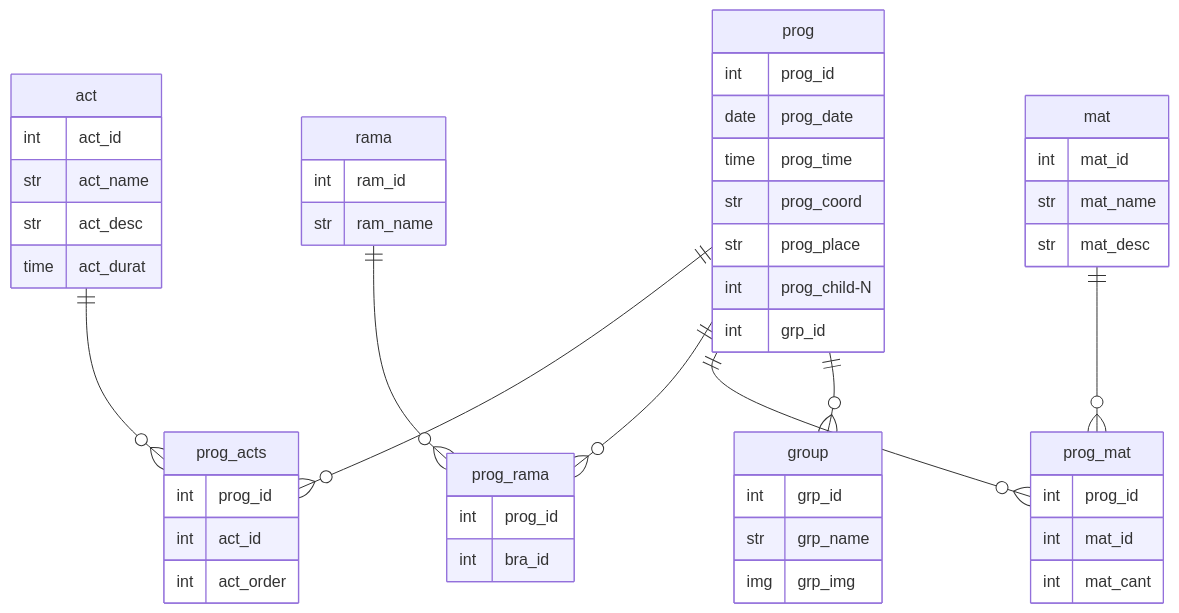
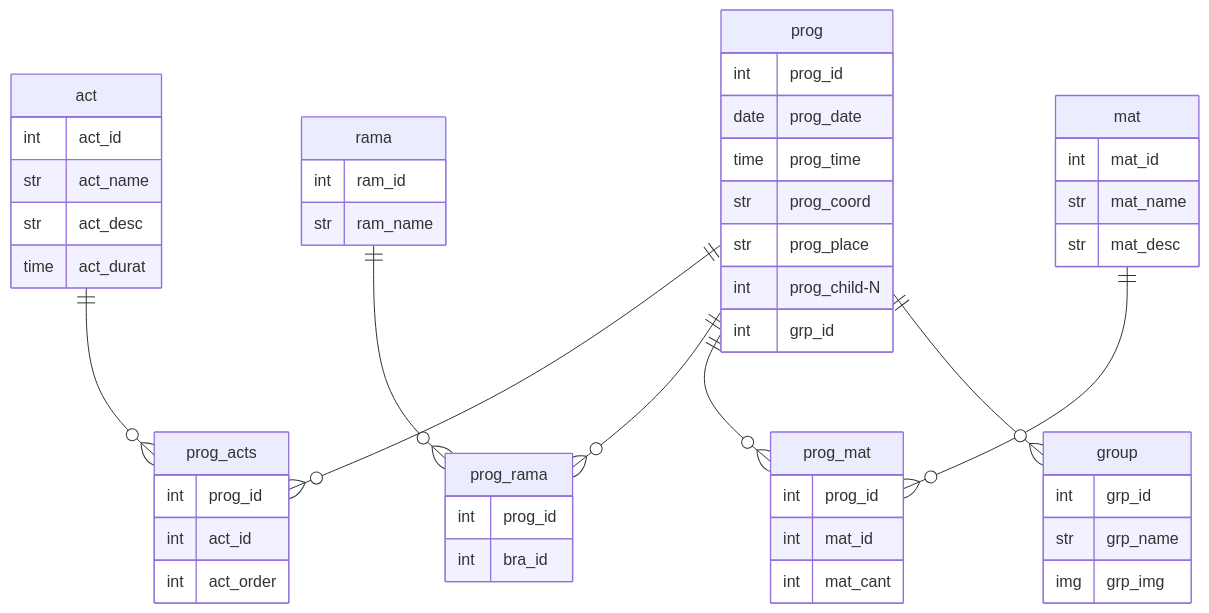
One commit to Covija97/badentracker changed the third of 3 diagrams in .md/2.db.md. Above: the diagram before and after it, drawn with Mermaid. The commit also changed other lines of this file and 1 other file, not shown here.

Commit message:
Refactor database design; add new `prog_mat` table and reorganize existing tables for clarity

````diff
--- a/.md/2.db.md
+++ b/.md/2.db.md
@@ -78,62 +78,62 @@
 ```mermaid
 erDiagram
-
-    prog {
-        int prog_id
-        date prog_date
-        time prog_time
-        str prog_coord
-        str prog_place
-        int prog_child-N
-        int grp_id
-    }
 
     act {
         int act_id
         str act_name
         str act_desc
         time act_durat
     }
 
     rama {
         int ram_id
         str ram_name
     }
 
     mat {
         int mat_id
         str mat_name
         str mat_desc    
     }
 
-    group {
-        int grp_id
-        str grp_name
-        img grp_img
-    }
-
     prog_acts {
         int prog_id
         int act_id
         int act_order
     }
 
     prog_rama {
         int prog_id
         int bra_id
     }
 
     prog_mat {
         int prog_id
         int mat_id
         int mat_cant
     }
 
+    group {
+        int grp_id
+        str grp_name
+        img grp_img
+    }
+
+    prog {
+        int prog_id
+        date prog_date
+        time prog_time
+        str prog_coord
+        str prog_place
+        int prog_child-N
+        int grp_id
+    }
+
     prog ||--o{ prog_acts : ""
     act ||--o{ prog_acts : ""
     rama ||--o{ prog_rama : ""
     prog ||--o{ prog_rama : ""
     mat ||--o{ prog_mat : ""
     prog ||--o{ prog_mat : ""
     prog ||--o{ group : ""
 ```
````
